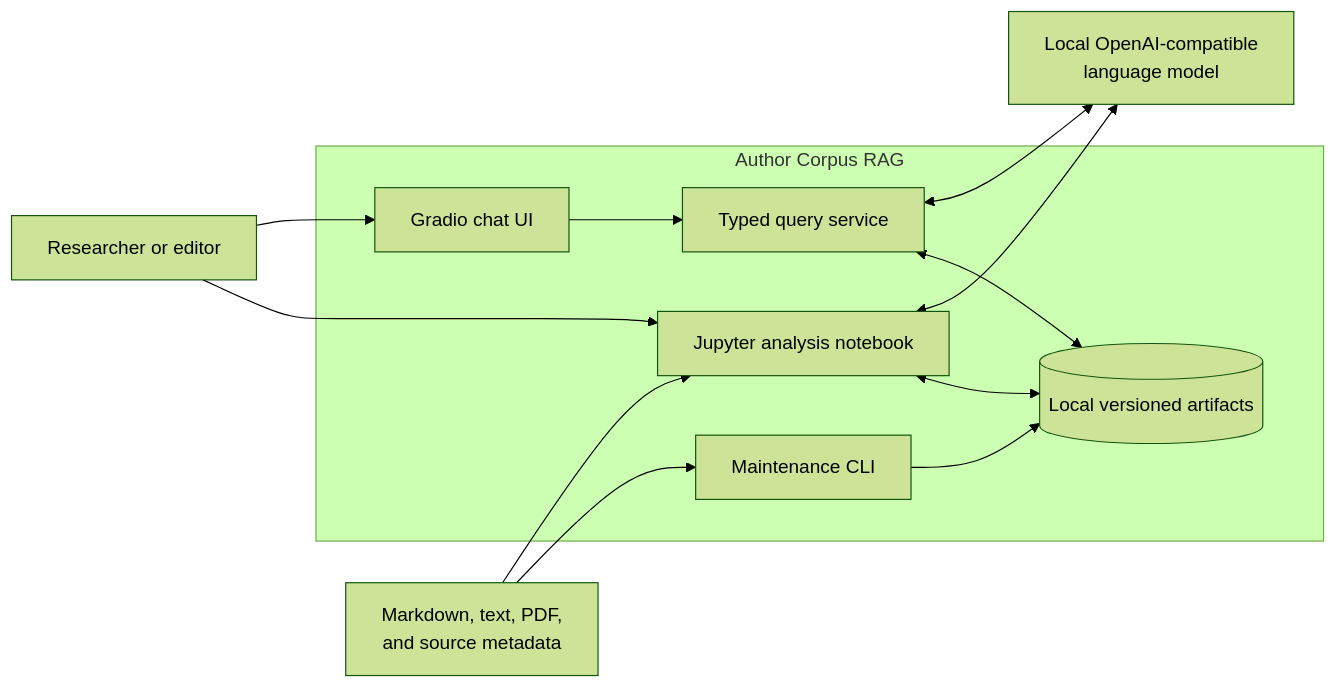
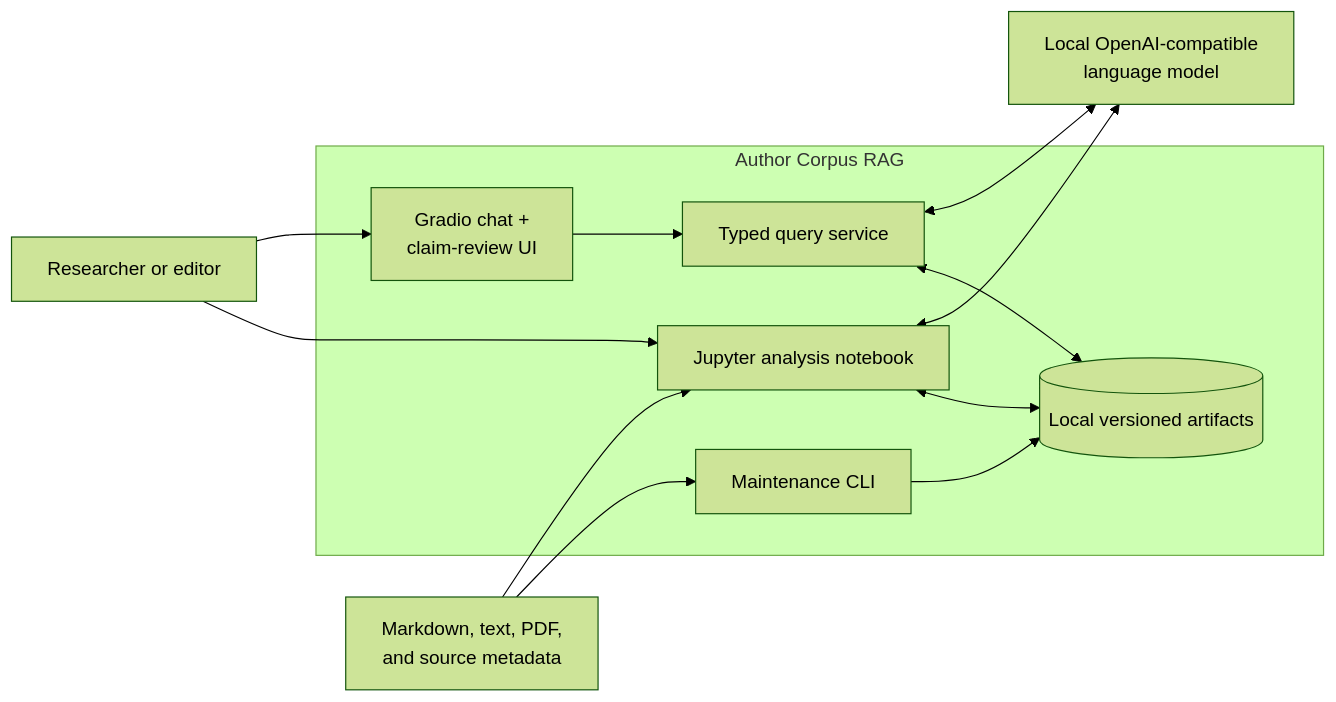
Before and after one commit to BrentWilkins/author-corpus-rag: the first of 7 diagrams in docs/architecture.md, drawn with Mermaid (forest theme). The commit also changed other lines of this file and 11 other files, not shown here.

Commit message:
Expose claim review controls in Gradio

````diff
--- a/docs/architecture.md
+++ b/docs/architecture.md
@@ -13,25 +13,25 @@
 ```mermaid
 flowchart LR
     researcher[Researcher or editor]
     sources[Markdown, text, PDF,<br/>and source metadata]
     local_model[Local OpenAI-compatible<br/>language model]
 
     subgraph system[Author Corpus RAG]
         notebook[Jupyter analysis notebook]
         maintenance[Maintenance CLI]
         query_service[Typed query service]
-        gradio[Gradio chat UI]
+        gradio[Gradio chat +<br/>claim-review UI]
         artifacts[(Local versioned artifacts)]
     end
 
     sources --> maintenance
     sources --> notebook
     maintenance --> artifacts
     notebook <--> artifacts
     researcher --> notebook
     researcher --> gradio
     gradio --> query_service
     query_service <--> artifacts
     query_service <--> local_model
     notebook <--> local_model
 ```
````
